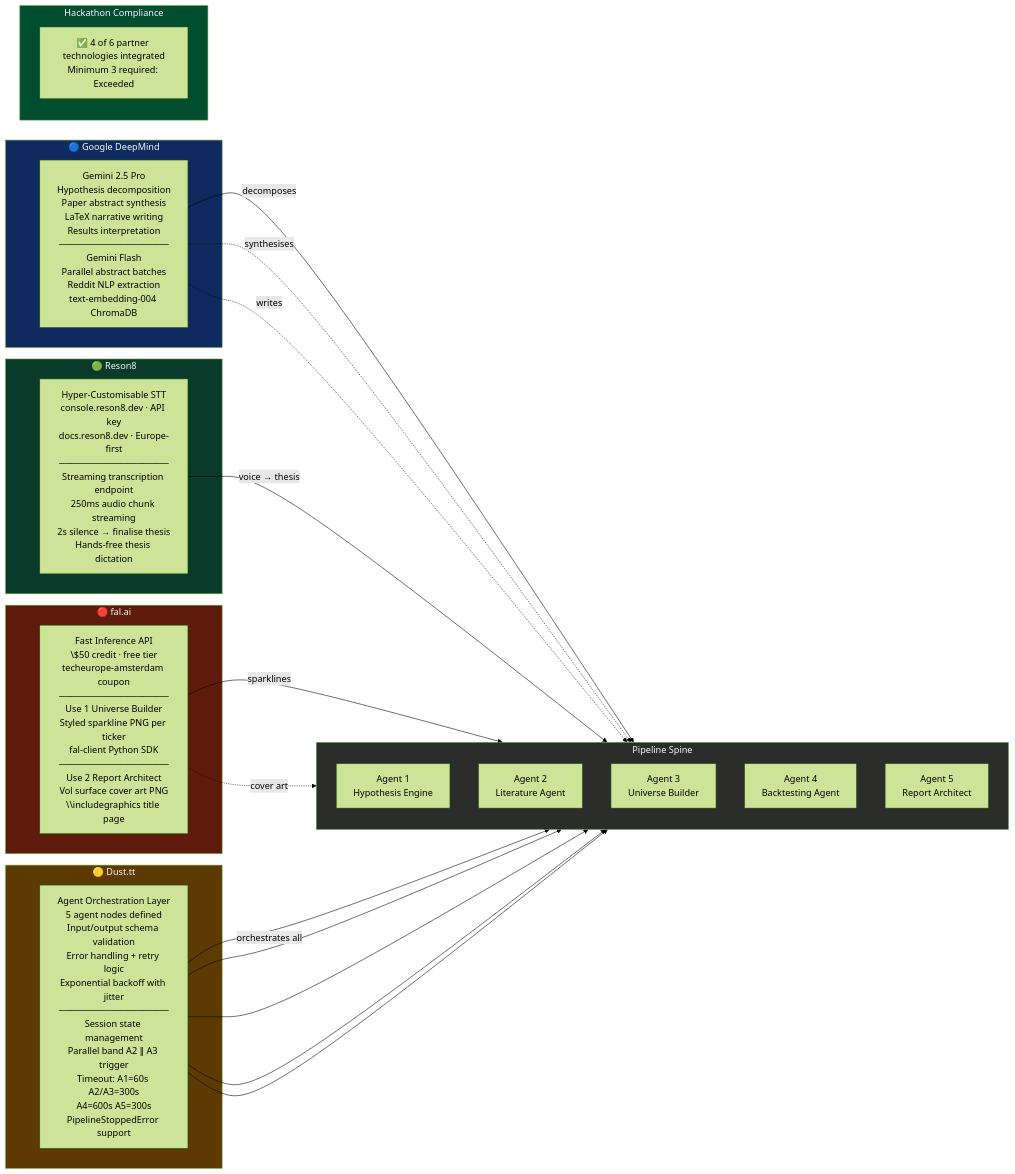
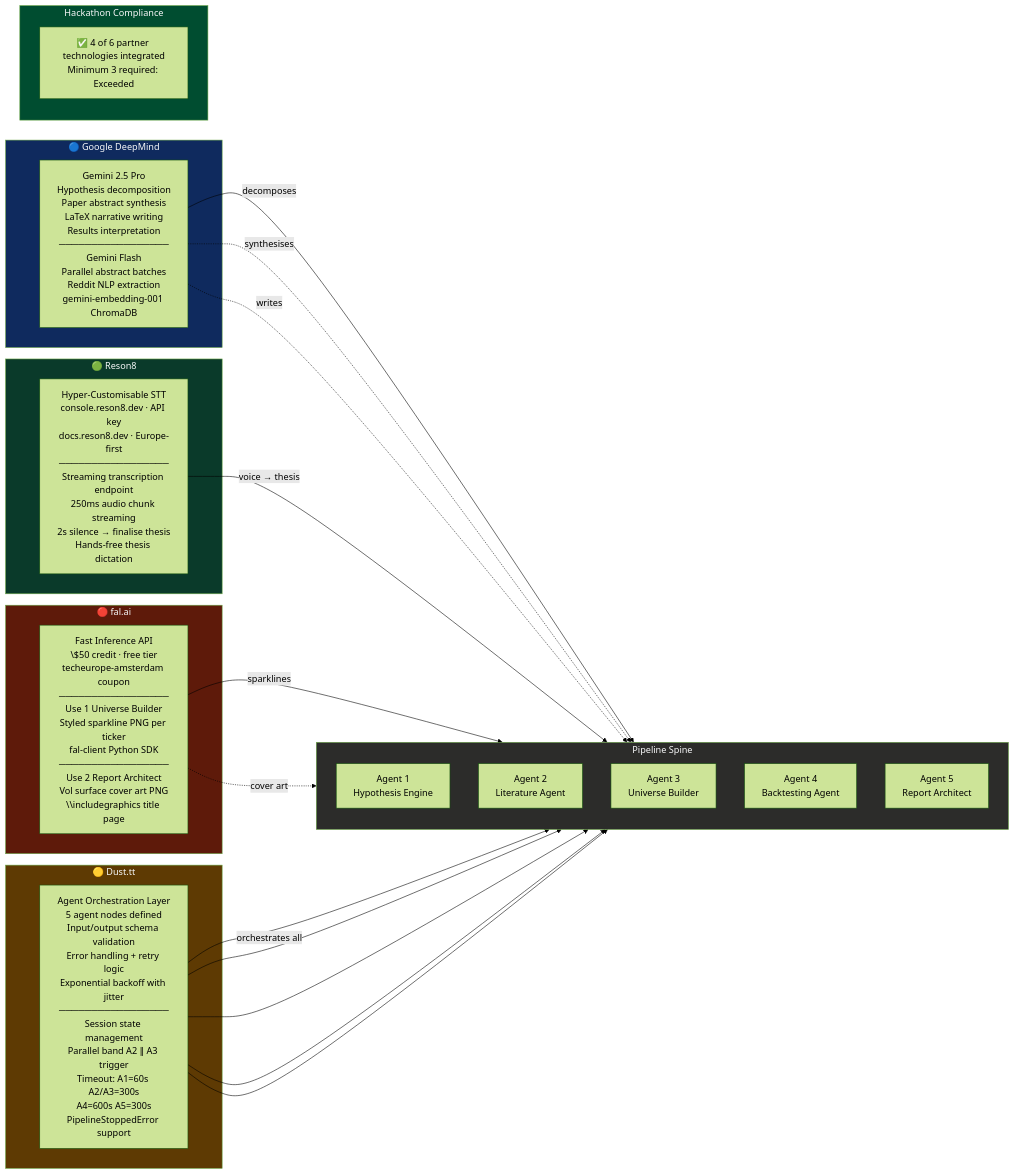
Before and after one commit to AtillaErsezen/Octant-AI: the tenth of 10 diagrams in README.md, drawn with Mermaid (forest theme). The commit also changed other lines of this file and 1 other file, not shown here.

````diff
--- a/README.md
+++ b/README.md
@@ -722,47 +725,47 @@
 ```mermaid
 graph LR
     subgraph SPINE["Pipeline Spine"]
         direction TB
         AG1["Agent 1\nHypothesis Engine"]
         AG2["Agent 2\nLiterature Agent"]
         AG3["Agent 3\nUniverse Builder"]
         AG4["Agent 4\nBacktesting Agent"]
         AG5["Agent 5\nReport Architect"]
     end
 
     subgraph GEMINI["🔵 Google DeepMind"]
-        GM["Gemini 2.5 Pro\nHypothesis decomposition\nPaper abstract synthesis\nLaTeX narrative writing\nResults interpretation\n─────────────────\nGemini Flash\nParallel abstract batches\nReddit NLP extraction\ntext-embedding-004 ChromaDB"]
+        GM["Gemini 2.5 Pro\nHypothesis decomposition\nPaper abstract synthesis\nLaTeX narrative writing\nResults interpretation\n─────────────────\nGemini Flash\nParallel abstract batches\nReddit NLP extraction\ngemini-embedding-001 ChromaDB"]
     end
 
     subgraph RESON8["🟢 Reson8"]
         RS["Hyper-Customisable STT\nconsole.reson8.dev · API key\ndocs.reson8.dev · Europe-first\n─────────────────\nStreaming transcription endpoint\n250ms audio chunk streaming\n2s silence → finalise thesis\nHands-free thesis dictation"]
     end
 
     subgraph FAL["🔴 fal.ai"]
         FL["Fast Inference API\n\$50 credit · free tier\ntecheurope-amsterdam coupon\n─────────────────\nUse 1 Universe Builder\nStyled sparkline PNG per ticker\nfal-client Python SDK\n─────────────────\nUse 2 Report Architect\nVol surface cover art PNG\n\\includegraphics title page"]
     end
 
     subgraph DUSTT["🟡 Dust.tt"]
         DU["Agent Orchestration Layer\n5 agent nodes defined\nInput/output schema validation\nError handling + retry logic\nExponential backoff with jitter\n─────────────────\nSession state management\nParallel band A2 ∥ A3 trigger\nTimeout: A1=60s A2/A3=300s\nA4=600s A5=300s\nPipelineStoppedError support"]
     end
 
     GM -->|"decomposes"| AG1
     GM -.->|"synthesises"| AG2
     GM -.->|"writes"| AG5
     RS -->|"voice → thesis"| AG1
     FL -->|"sparklines"| AG3
     FL -.->|"cover art"| AG5
     DU -->|"orchestrates all"| AG1
     DU --> AG2 & AG3 & AG4 & AG5
 
     subgraph BADGE["Hackathon Compliance"]
         BC["✅ 4 of 6 partner technologies integrated\nMinimum 3 required: Exceeded"]
     end
 
     style GEMINI fill:#0f2a5e,color:#F8F9FA
     style RESON8 fill:#0a3a2a,color:#F8F9FA
     style FAL fill:#5e1a0a,color:#F8F9FA
     style DUSTT fill:#5e3a03,color:#F8F9FA
     style SPINE fill:#2C2C2A,color:#F8F9FA
     style BADGE fill:#004d30,color:#F8F9FA
 ```
````
